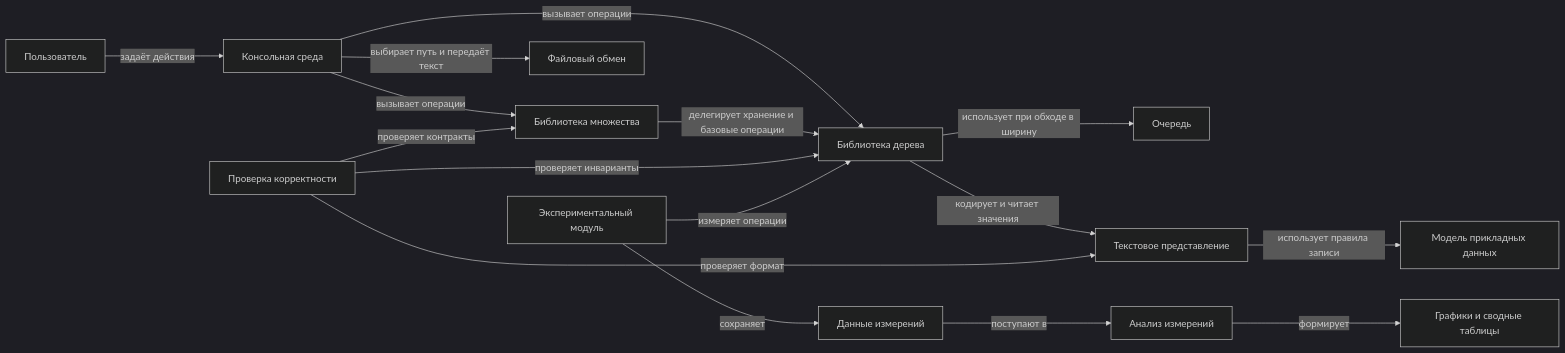
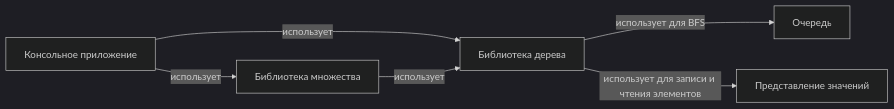
The second of 2 diagrams in docs/design.md (Ilyapodm/NDS_Lab1), drawn with Mermaid (dark theme) before and after one commit. The commit also changed other lines of this file and 1 other file, not shown here.

````diff
--- a/docs/design.md
+++ b/docs/design.md
@@ -87,18 +56,8 @@
 ```mermaid
 flowchart LR
-    user["Пользователь"] -->|"задаёт действия"| ui["Консольная среда"]
-    ui -->|"вызывает операции"| sets["Библиотека множества"]
-    ui -->|"вызывает операции"| tree["Библиотека дерева"]
-    sets -->|"делегирует хранение и базовые операции"| tree
-    tree -->|"использует при обходе в ширину"| queue["Очередь"]
-    tree -->|"кодирует и читает значения"| text["Текстовое представление"]
-    text -->|"использует правила записи"| model["Модель прикладных данных"]
-    ui -->|"выбирает путь и передаёт текст"| files["Файловый обмен"]
-    checks["Проверка корректности"] -->|"проверяет контракты"| sets
-    checks -->|"проверяет инварианты"| tree
-    checks -->|"проверяет формат"| text
-    experiment["Экспериментальный модуль"] -->|"измеряет операции"| tree
-    experiment -->|"сохраняет"| data["Данные измерений"]
-    data -->|"поступают в"| analysis["Анализ измерений"]
-    analysis -->|"формирует"| charts["Графики и сводные таблицы"]
+    ui["Консольное приложение"] -->|"использует"| sets["Библиотека множества"]
+    ui -->|"использует"| tree["Библиотека дерева"]
+    sets -->|"использует"| tree
+    tree -->|"использует для BFS"| queue["Очередь"]
+    tree -->|"использует для записи и чтения элементов"| text["Представление значений"]
 ```
````
